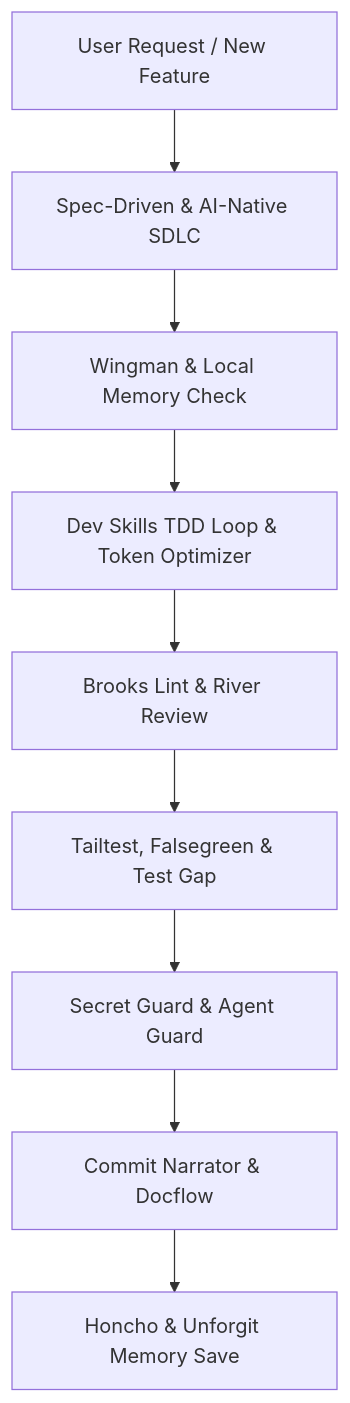
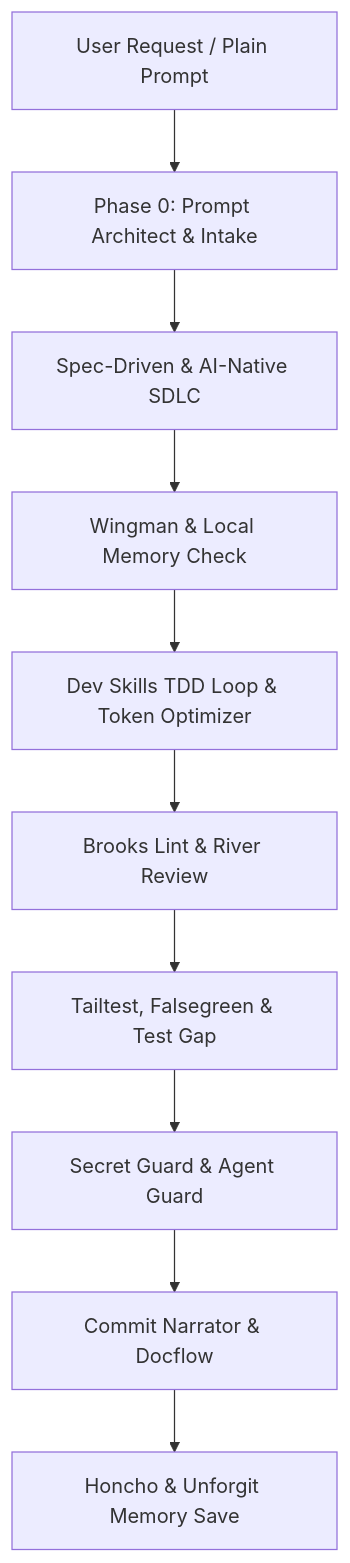
Before and after one commit to laxminivas06/vidforum: the diagram in docs/MEMORY.md, drawn with Mermaid. The commit also changed other lines of this file and 44 other files, not shown here.

Commit message:
feat(orchestration): install prompt-architect plugin as Phase 0 intake gate

````diff
--- a/docs/MEMORY.md
+++ b/docs/MEMORY.md
@@ -96,11 +97,12 @@
 ```mermaid
 graph TD
-    UserReq[User Request / New Feature] --> SpecDriven[Spec-Driven & AI-Native SDLC]
+    UserReq[User Request / Plain Prompt] --> Phase0[Phase 0: Prompt Architect & Intake]
+    Phase0 --> SpecDriven[Spec-Driven & AI-Native SDLC]
     SpecDriven --> PreEditCheck[Wingman & Local Memory Check]
     PreEditCheck --> DevLoop[Dev Skills TDD Loop & Token Optimizer]
     DevLoop --> CodeReview[Brooks Lint & River Review]
     CodeReview --> TestCheck[Tailtest, Falsegreen & Test Gap]
     TestCheck --> SecCheck[Secret Guard & Agent Guard]
     SecCheck --> CommitPhase[Commit Narrator & Docflow]
     CommitPhase --> MemPersist[Honcho & Unforgit Memory Save]
 ```
````
